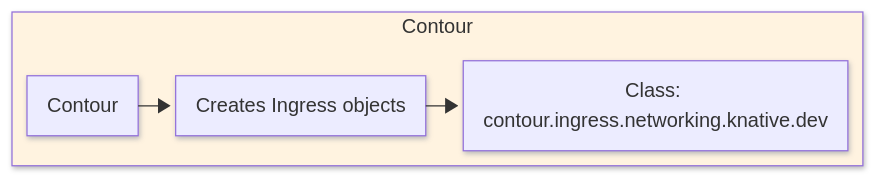
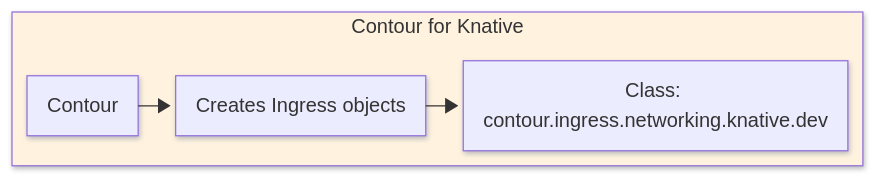
The second of 4 diagrams in docs/versioned/serving/config-network-adapters.md (knative/docs), drawn with Mermaid before and after one commit. The commit also changed other lines of this file, not shown here.

````diff
--- a/docs/versioned/serving/config-network-adapters.md
+++ b/docs/versioned/serving/config-network-adapters.md
@@ -59,14 +61,14 @@
     ```mermaid
     ---
     config:
       theme: default
       layout: elk
       look: neo
     ---
     flowchart LR
-    subgraph Contour
+    subgraph Contour["Contour for Knative"]
           C1[Contour] --> C2[Creates Ingress objects]
           C2 --> C3[Class: contour.ingress.networking.knative.dev]
     end
     style Contour fill:#fff3e0
     ```
````
